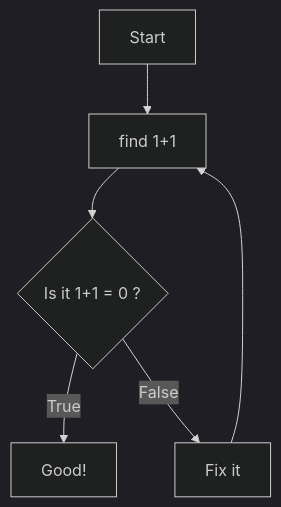
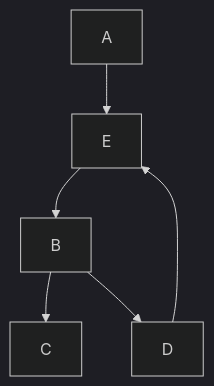
One commit to RattanArt/Model changed the second of 3 diagrams in slideA.md. Above: the diagram before and after it, drawn with Mermaid (dark theme). The commit also changed other lines of this file, not shown here.

```diff
--- a/slideA.md
+++ b/slideA.md
@@ -13,8 +13,8 @@
 <div class="mermaid">
 graph TD
-	A[Start] --> E[find 1+1]
-	E --> B{Is it 1+1 = 0 ?}
-	B -- True --> C[Good!]
-	B -- False --> D[Fix it]
+	A --> E
+	E --> B
+	B --> C
+	B --> D
 	D --> E
 </div>
```
